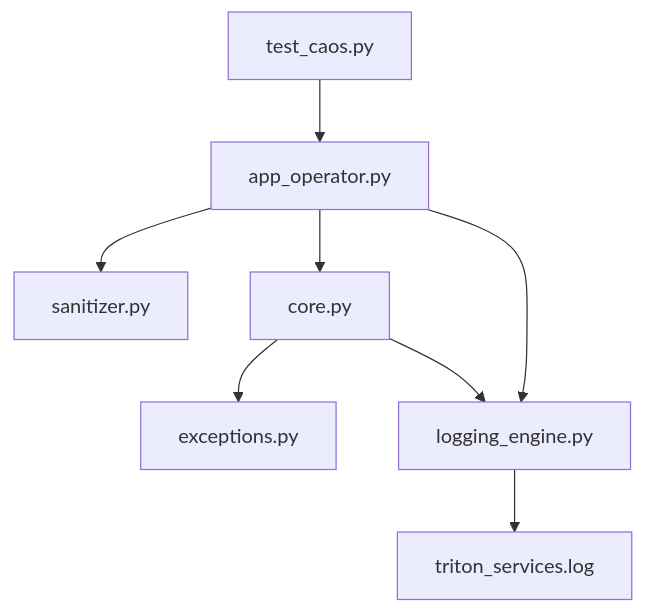
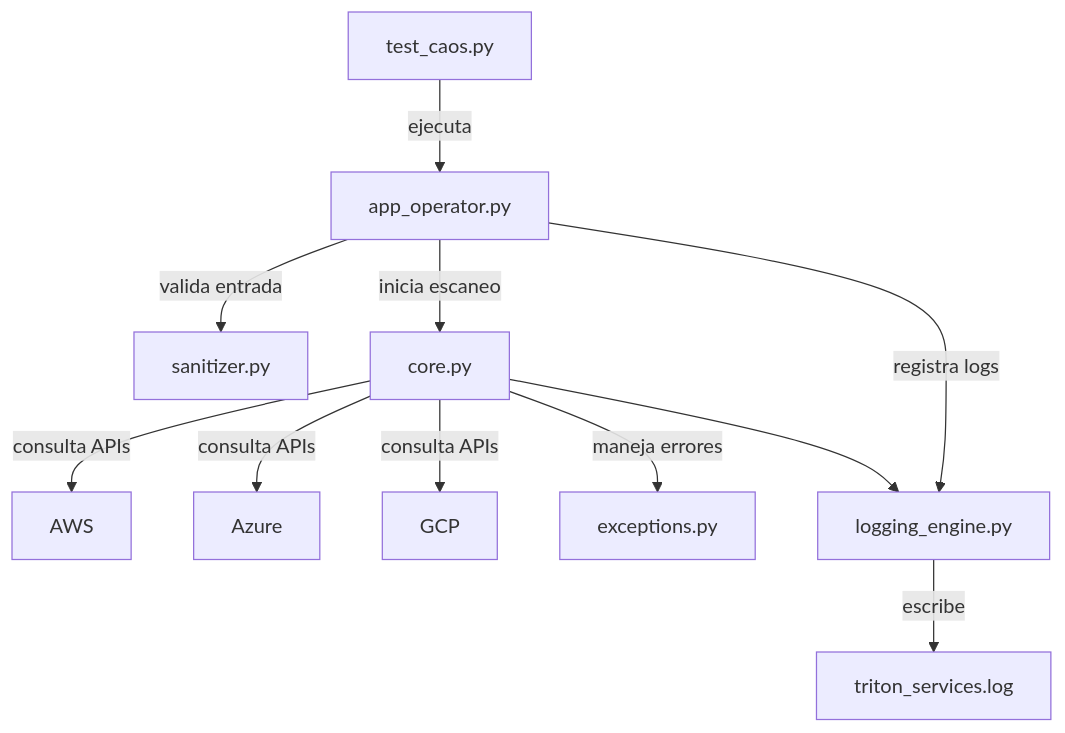
The diagram in README.md (august-debug14/Proyecto-triton), drawn with Mermaid before and after one commit.

````diff
--- a/README.md
+++ b/README.md
@@ -46,10 +46,11 @@
 ```mermaid
 graph TD
-    test_caos.py --> app_operator.py
-    app_operator.py --> sanitizer.py
-    app_operator.py --> core.py
-    core.py --> exceptions.py
+    test_caos.py -->|ejecuta| app_operator.py
+    app_operator.py -->|valida entrada| sanitizer.py
+    app_operator.py -->|inicia escaneo| core.py
+    core.py -->|consulta APIs| AWS & Azure & GCP
+    core.py -->|maneja errores| exceptions.py
     core.py --> logging_engine.py
-    app_operator.py --> logging_engine.py
-    logging_engine.py --> triton_services.log
+    app_operator.py -->|registra logs| logging_engine.py
+    logging_engine.py -->|escribe| triton_services.log
 ```
````
